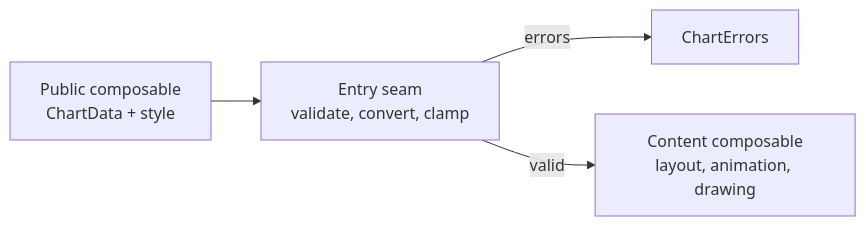
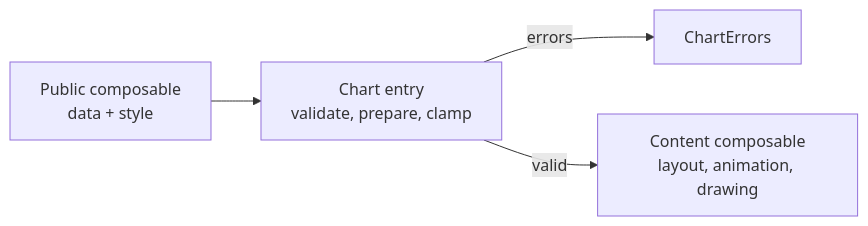
The diagram in content/dev/internals/index.md (HDCharts/charts-docs), drawn with Mermaid before and after one commit. The commit also changed other lines of this file and 20 other files, not shown here.

Commit message:
docs(snapshot): sync release notes, wiki docs, chart screenshots, GIF baselines, and hero image

````diff
--- a/content/dev/internals/index.md
+++ b/content/dev/internals/index.md
@@ -14,6 +14,6 @@
 ```mermaid
 flowchart LR
-  P["Public composable<br/>ChartData + style"] --> S["Entry seam<br/>validate, convert, clamp"]
+  P["Public composable<br/>data + style"] --> S["Chart entry<br/>validate, prepare, clamp"]
   S -->|errors| E["ChartErrors"]
   S -->|valid| C["Content composable<br/>layout, animation, drawing"]
 ```
````
